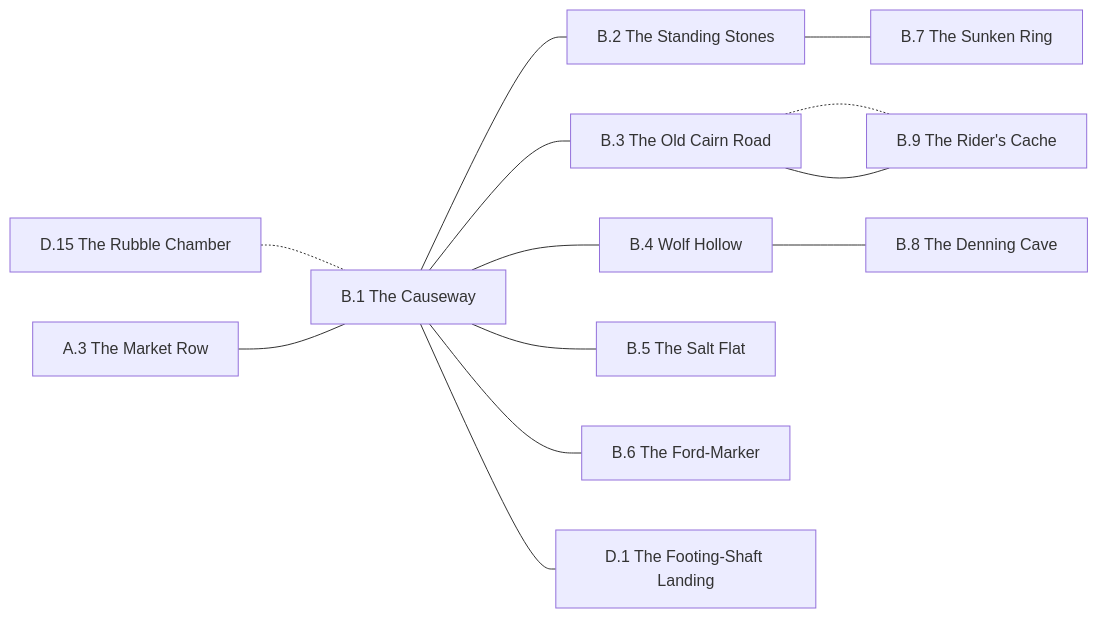
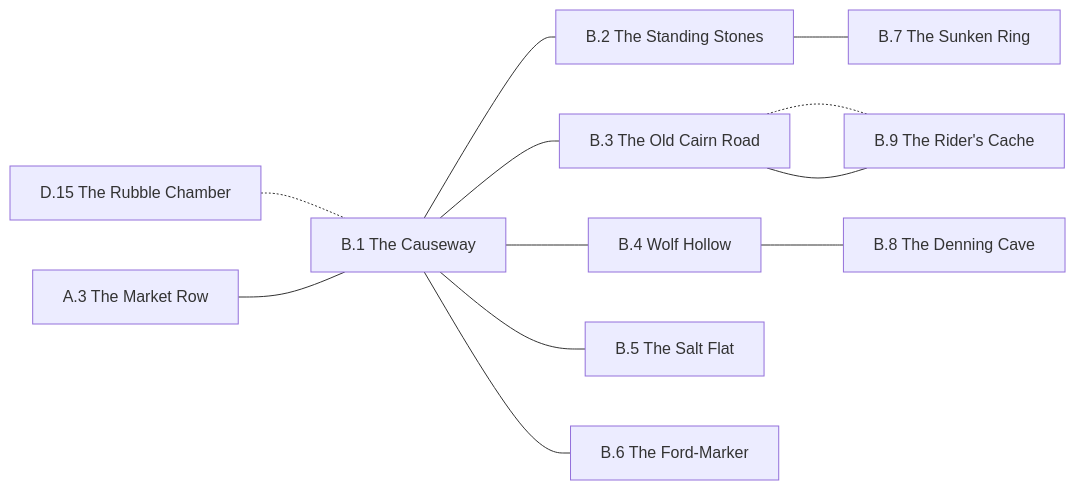
Before and after one commit to rstevenson1237/setting_builder: the diagram in setting/region/B/Connections.mmd, drawn with Mermaid. The commit also changed other lines of this file and 26 other files, not shown here.

````diff
--- a/setting/region/B/Connections.mmd
+++ b/setting/region/B/Connections.mmd
@@ -1,15 +1,14 @@
 ```mermaid
 graph LR
     B1["B.1 The Causeway"] --- B2["B.2 The Standing Stones"]
     B1 --- B3["B.3 The Old Cairn Road"]
     B1 --- B4["B.4 Wolf Hollow"]
     B1 --- B5["B.5 The Salt Flat"]
     B1 --- B6["B.6 The Ford-Marker"]
     B2 --- B7["B.7 The Sunken Ring"]
     B4 --- B8["B.8 The Denning Cave"]
     B3 -.- B9["B.9 The Rider's Cache"]
     B9 --- B3
-    B1 --- D1["D.1 The Footing-Shaft Landing"]
     D15["D.15 The Rubble Chamber"] -.- B1
     A3["A.3 The Market Row"] --- B1
 ```
````
